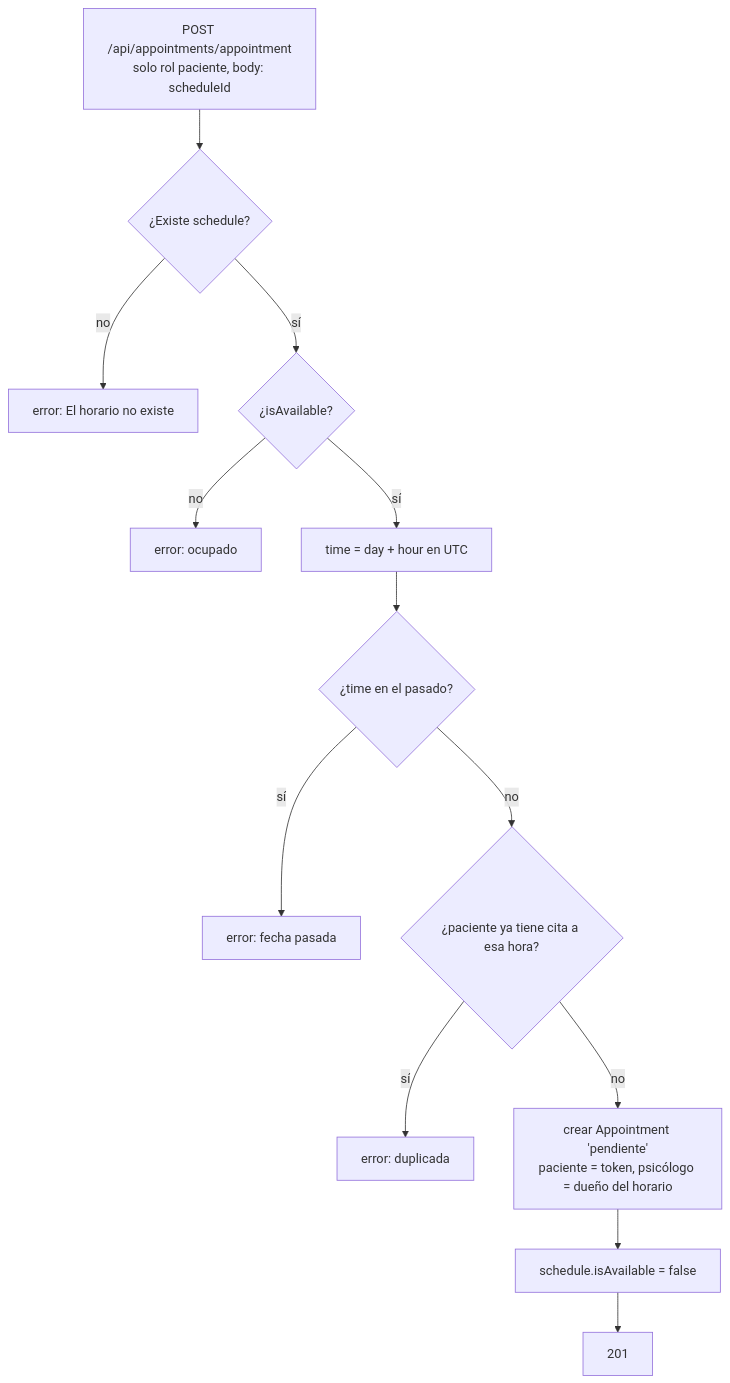
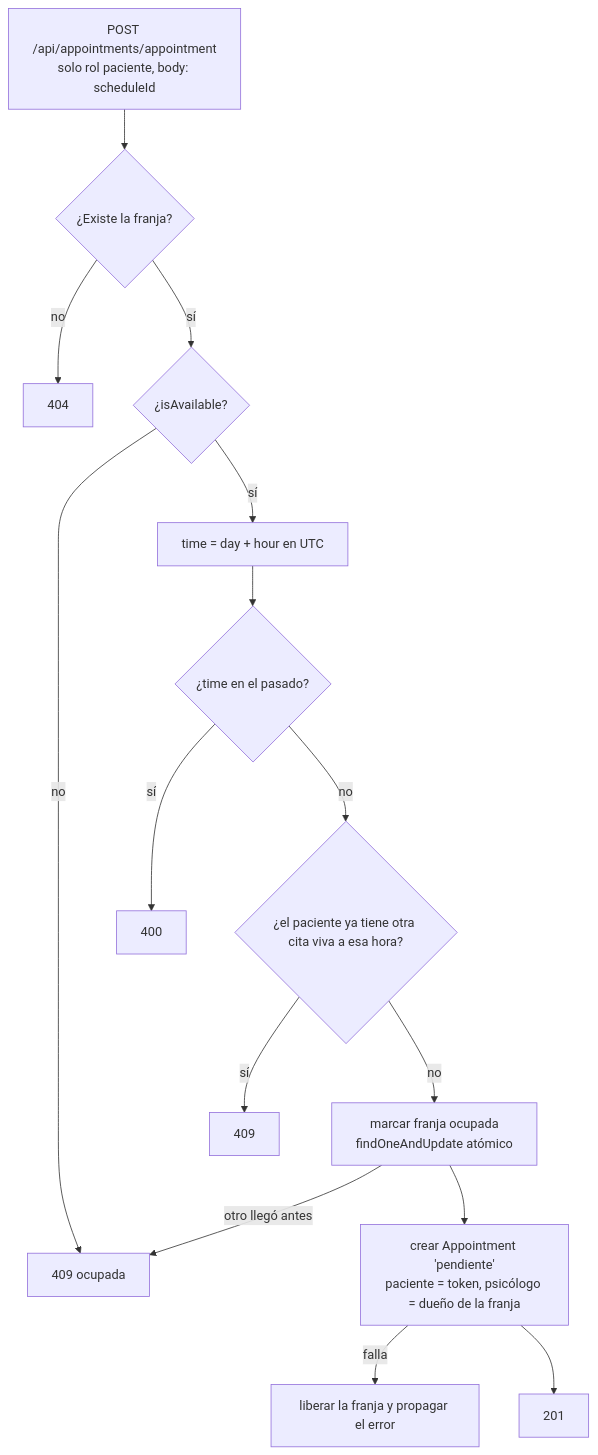
One commit to raug09/Magicamente changed the second of 3 diagrams in docs/04-flujos.md. Above: the diagram before and after it, drawn with Mermaid. The commit also changed other lines of this file and 7 other files, not shown here.

````diff
--- a/docs/04-flujos.md
+++ b/docs/04-flujos.md
@@ -34,15 +34,17 @@
 ```mermaid
 flowchart TD
-  A[POST /api/appointments/appointment<br/>solo rol paciente, body: scheduleId] --> B{¿Existe schedule?}
-  B -- no --> X1[error: El horario no existe]
+  A[POST /api/appointments/appointment<br/>solo rol paciente, body: scheduleId] --> B{¿Existe la franja?}
+  B -- no --> X1[404]
   B -- sí --> C{¿isAvailable?}
-  C -- no --> X2[error: ocupado]
+  C -- no --> X2[409 ocupada]
   C -- sí --> D[time = day + hour en UTC]
   D --> E{¿time en el pasado?}
-  E -- sí --> X3[error: fecha pasada]
-  E -- no --> F{¿paciente ya tiene cita a esa hora?}
-  F -- sí --> X4[error: duplicada]
-  F -- no --> G[crear Appointment 'pendiente'<br/>paciente = token, psicólogo = dueño del horario]
-  G --> H[schedule.isAvailable = false]
+  E -- sí --> X3[400]
+  E -- no --> F{¿el paciente ya tiene otra cita viva a esa hora?}
+  F -- sí --> X4[409]
+  F -- no --> G[marcar franja ocupada<br/>findOneAndUpdate atómico]
+  G -- otro llegó antes --> X2
+  G --> H[crear Appointment 'pendiente'<br/>paciente = token, psicólogo = dueño de la franja]
+  H -- falla --> R[liberar la franja y propagar el error]
   H --> OK[201]
 ```
````
